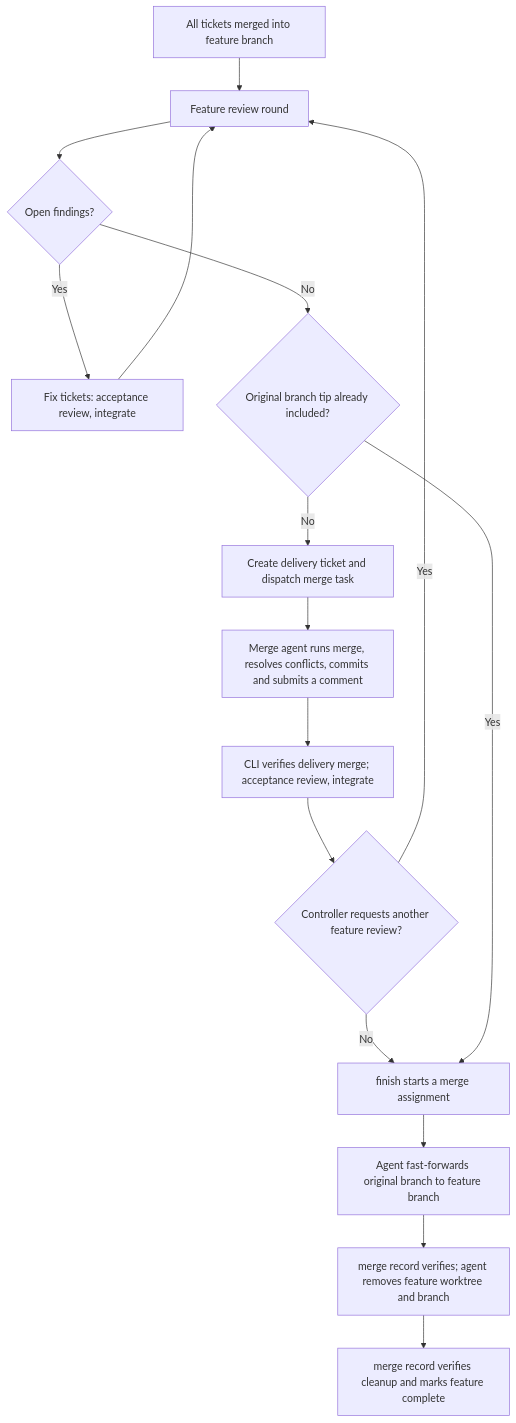
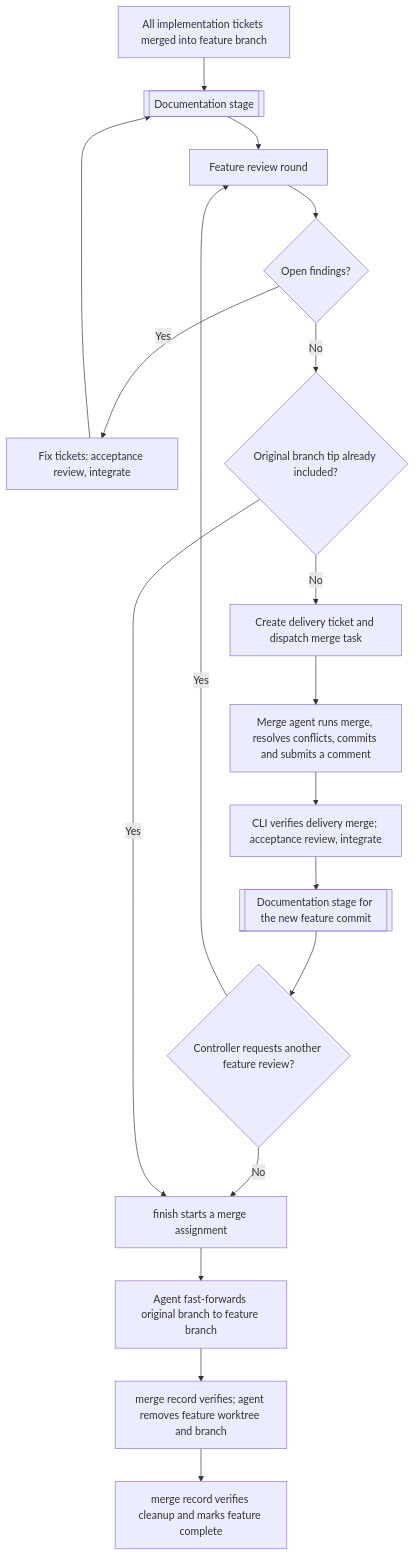
The eighth of 8 diagrams in docs/product/sdd/workflow.md (UseTheFork/spindle), drawn with Mermaid before and after one commit. The commit also changed other lines of this file and 19 other files, not shown here.

Commit message:
feat: add SDD feature documentation stage

````diff
--- a/docs/product/sdd/workflow.md
+++ b/docs/product/sdd/workflow.md
@@ -676,18 +799,20 @@
 ```mermaid
 flowchart TD
-    A["All tickets merged into feature branch"] --> B["Feature review round"]
+    A["All implementation tickets merged into feature branch"] --> DA[["Documentation stage"]]
+    DA --> B["Feature review round"]
     B --> C{"Open findings?"}
     C -->|"Yes"| D["Fix tickets: acceptance review, integrate"]
-    D --> B
+    D --> DA
     C -->|"No"| E{"Original branch tip already included?"}
     E -->|"No"| M["Create delivery ticket and dispatch merge task"]
     M --> N["Merge agent runs merge, resolves conflicts, commits and submits a comment"]
     N --> O["CLI verifies delivery merge; acceptance review, integrate"]
-    O --> P{"Controller requests another feature review?"}
+    O --> DD[["Documentation stage for the new feature commit"]]
+    DD --> P{"Controller requests another feature review?"}
     P -->|"Yes"| B
     P -->|"No"| I
     E -->|"Yes"| I["finish starts a merge assignment"]
     I --> J["Agent fast-forwards original branch to feature branch"]
     J --> K["merge record verifies; agent removes feature worktree and branch"]
     K --> L["merge record verifies cleanup and marks feature complete"]
 ```
````
